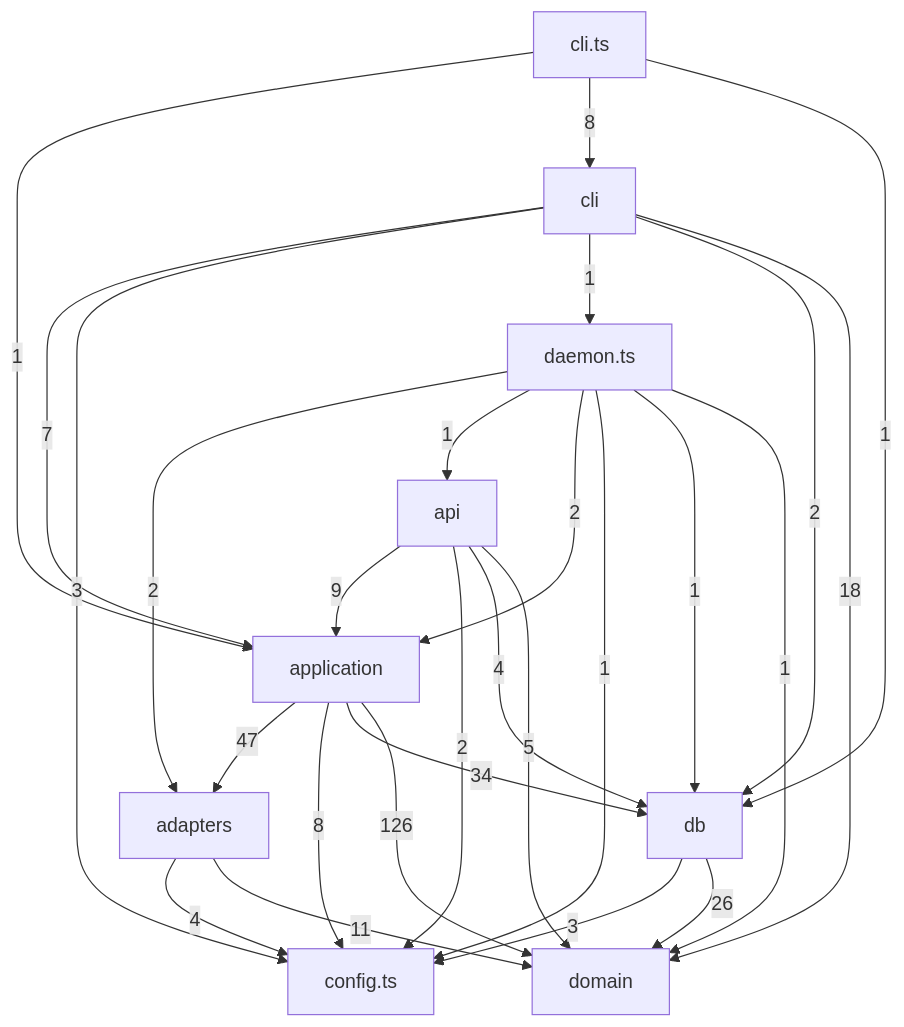
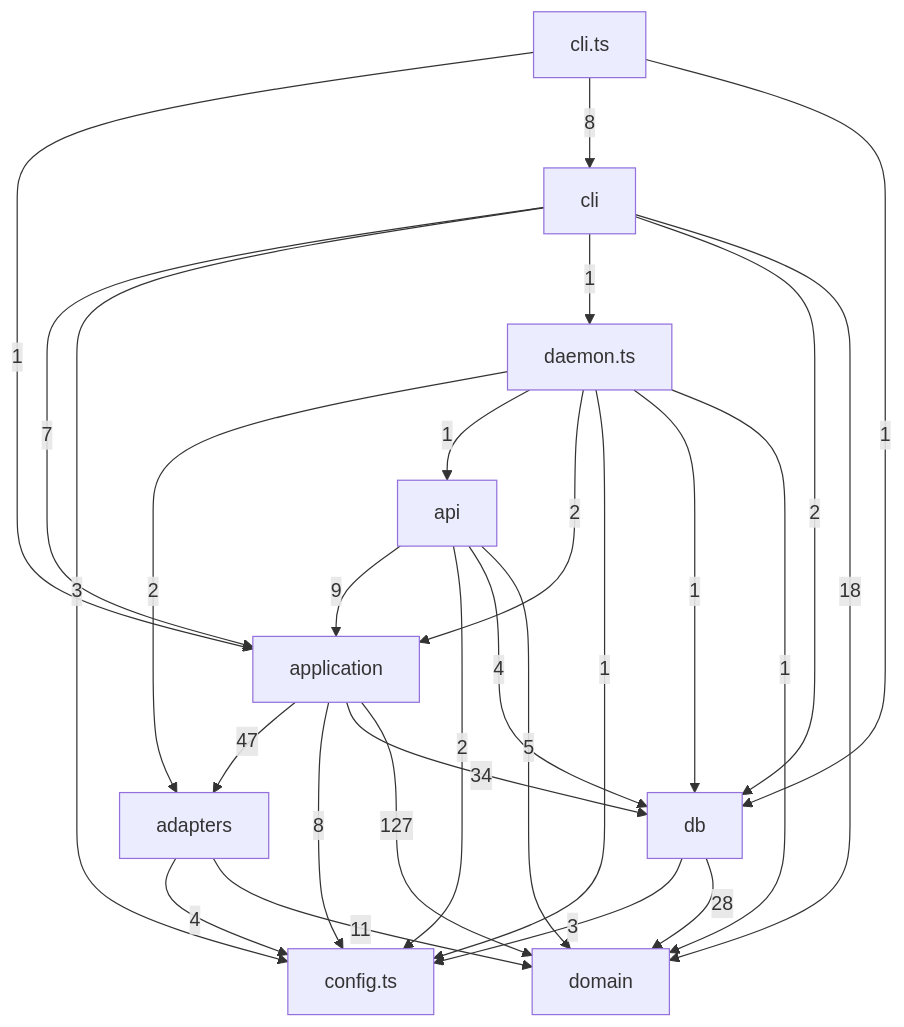
One commit to tomrobdev/agentdeck changed the third of 5 diagrams in docs/architecture.md. Above: the diagram before and after it, drawn with Mermaid. The commit also changed 26 other files, not shown here.

````diff
--- a/docs/architecture.md
+++ b/docs/architecture.md
@@ -105,38 +105,38 @@
 ```mermaid
 flowchart TD
   adapters["adapters"]
   api["api"]
   application["application"]
   cli["cli"]
   cli_ts["cli.ts"]
   config_ts["config.ts"]
   daemon_ts["daemon.ts"]
   db["db"]
   domain["domain"]
   adapters -->|4| config_ts
   adapters -->|11| domain
   api -->|9| application
   api -->|2| config_ts
   api -->|4| db
   api -->|5| domain
   application -->|47| adapters
   application -->|8| config_ts
   application -->|34| db
-  application -->|126| domain
+  application -->|127| domain
   cli_ts -->|1| application
   cli_ts -->|8| cli
   cli_ts -->|1| db
   cli -->|7| application
   cli -->|3| config_ts
   cli -->|1| daemon_ts
   cli -->|2| db
   cli -->|18| domain
   daemon_ts -->|2| adapters
   daemon_ts -->|1| api
   daemon_ts -->|2| application
   daemon_ts -->|1| config_ts
   daemon_ts -->|1| db
   daemon_ts -->|1| domain
   db -->|3| config_ts
-  db -->|26| domain
+  db -->|28| domain
 ```
````
